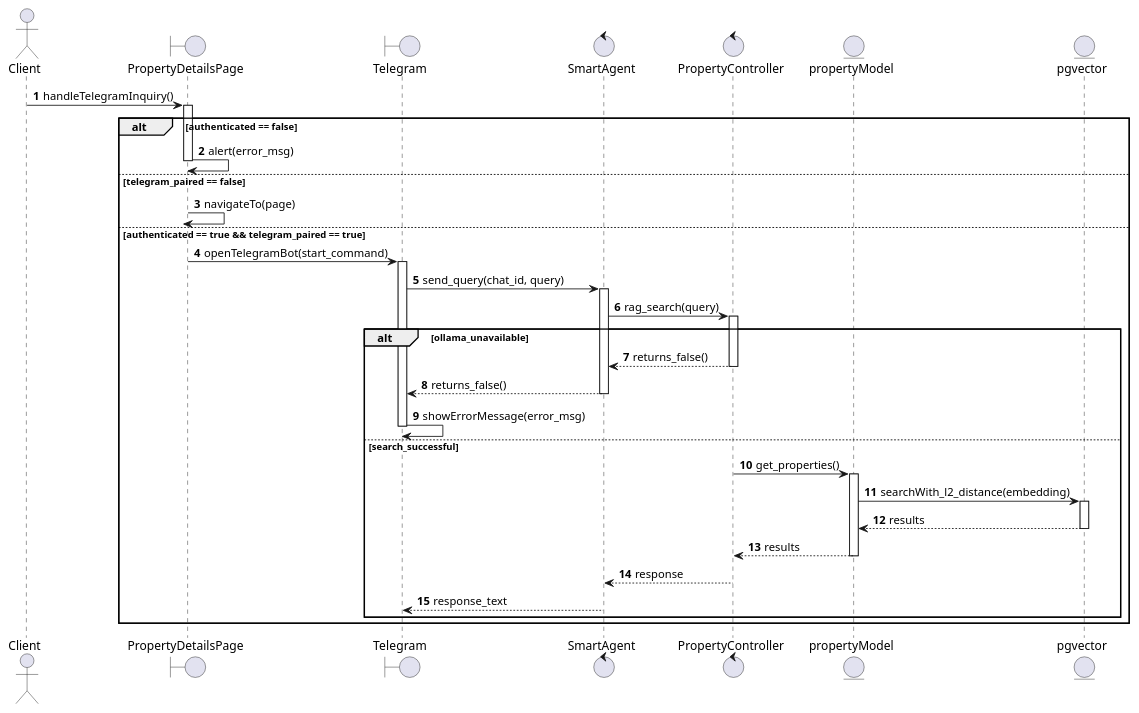
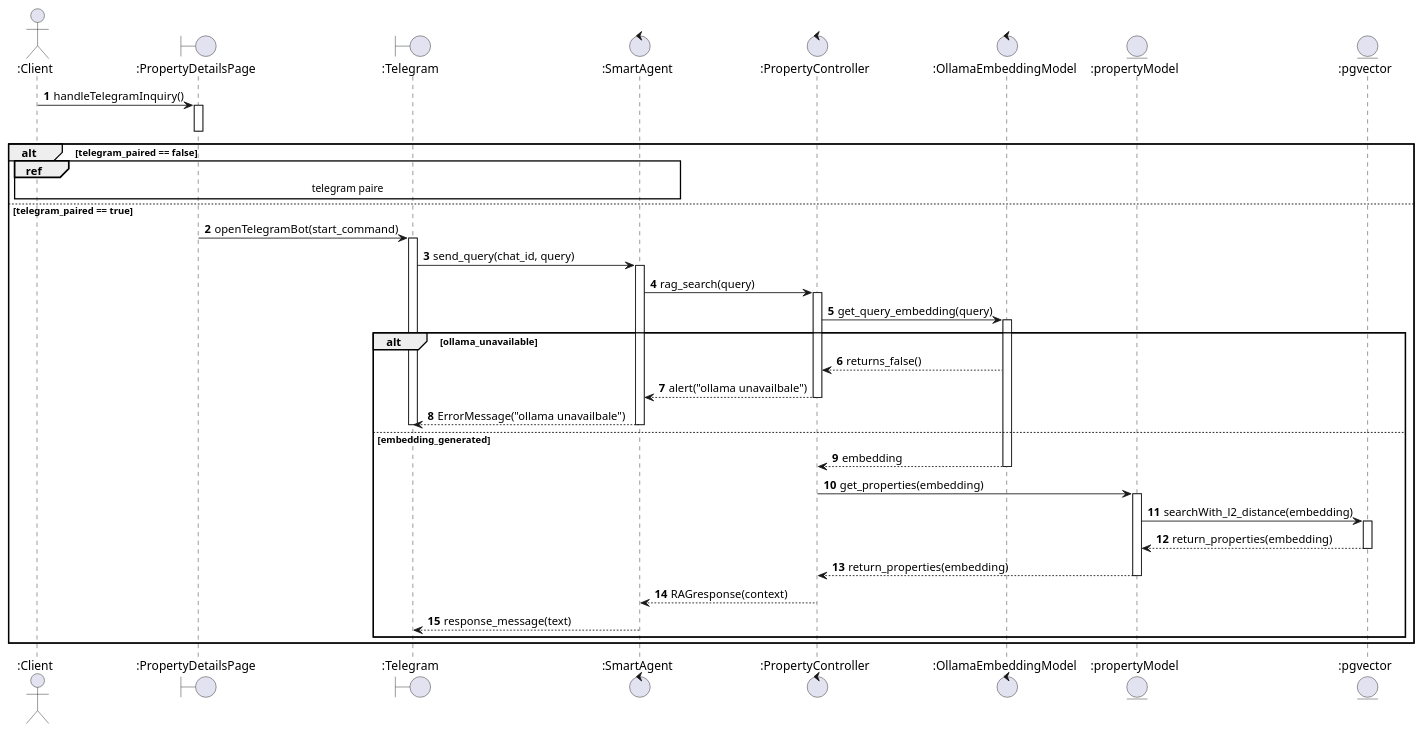
Before and after one commit to israhadjhassine/Graduation-Project-real-estate-automation: the diagram in docs/sequence_diagram_ask_property.puml, drawn with PlantUML. The commit also changed other lines of this file and 16 other files, not shown here.

```diff
--- a/docs/sequence_diagram_ask_property.puml
+++ b/docs/sequence_diagram_ask_property.puml
@@ -1,59 +1,65 @@
 @startuml
 autonumber
 
-actor Client
-boundary PropertyDetailsPage
-boundary Telegram
-control SmartAgent
-control PropertyController
-entity propertyModel
-entity pgvector
+actor ":Client" as Client
+boundary ":PropertyDetailsPage" as PropertyDetailsPage
+boundary ":Telegram" as Telegram
+control ":SmartAgent" as SmartAgent
+control ":PropertyController" as PropertyController
+control ":OllamaEmbeddingModel" as OllamaEmbeddingModel
+entity ":propertyModel" as propertyModel
+entity ":pgvector" as pgvector
 
 Client -> PropertyDetailsPage : handleTelegramInquiry()
 activate PropertyDetailsPage
 
-alt authenticated == false
-    PropertyDetailsPage -> PropertyDetailsPage : alert(error_msg)
+alt telegram_paired == false
+    ref over Client, PropertyDetailsPage, SmartAgent : 	 telegram paire
     deactivate PropertyDetailsPage
-else telegram_paired == false
-    PropertyDetailsPage -> PropertyDetailsPage : navigateTo(page)
-    deactivate PropertyDetailsPage
-else authenticated == true && telegram_paired == true
+else telegram_paired == true
     PropertyDetailsPage -> Telegram : openTelegramBot(start_command)
     deactivate PropertyDetailsPage
     
     activate Telegram
     
     Telegram -> SmartAgent : send_query(chat_id, query)
     activate SmartAgent
     
     SmartAgent -> PropertyController : rag_search(query)
     activate PropertyController
     
+    PropertyController -> OllamaEmbeddingModel : get_query_embedding(query)
+    activate OllamaEmbeddingModel
+    
     alt ollama_unavailable
-        PropertyController --> SmartAgent : returns_false()
+        OllamaEmbeddingModel --> PropertyController : returns_false()
+        
+        PropertyController --> SmartAgent : alert("ollama unavailbale")
         deactivate PropertyController
-        SmartAgent --> Telegram : returns_false()
+        SmartAgent --> Telegram : ErrorMessage("ollama unavailbale")
         deactivate SmartAgent
-        Telegram -> Telegram : showErrorMessage(error_msg)
         deactivate Telegram
-    else search_successful
-        PropertyController -> propertyModel : get_properties()
+    else embedding_generated
+        OllamaEmbeddingModel --> PropertyController : embedding
+        deactivate OllamaEmbeddingModel
+        
+        PropertyController -> propertyModel : get_properties(embedding)
         activate propertyModel
+        
         propertyModel -> pgvector : searchWith_l2_distance(embedding)
         activate pgvector
-        pgvector --> propertyModel : results
+        pgvector --> propertyModel : return_properties(embedding)
         deactivate pgvector
-        propertyModel --> PropertyController : results
+        
+        propertyModel --> PropertyController : return_properties(embedding)
         deactivate propertyModel
         
-        PropertyController --> SmartAgent : response
+        PropertyController --> SmartAgent : RAGresponse(context)
         deactivate PropertyController
         
-        SmartAgent --> Telegram : response_text
+        SmartAgent --> Telegram : response_message(text)
         deactivate SmartAgent
-        
         deactivate Telegram
     end
 end
 @enduml
```
